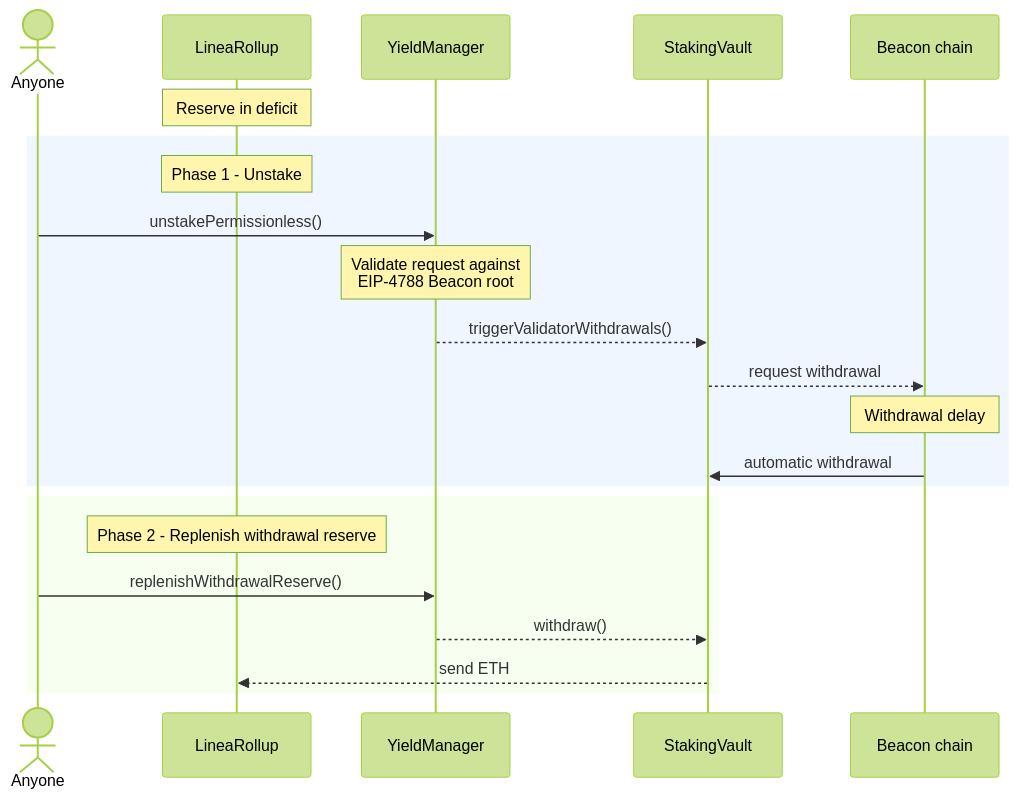
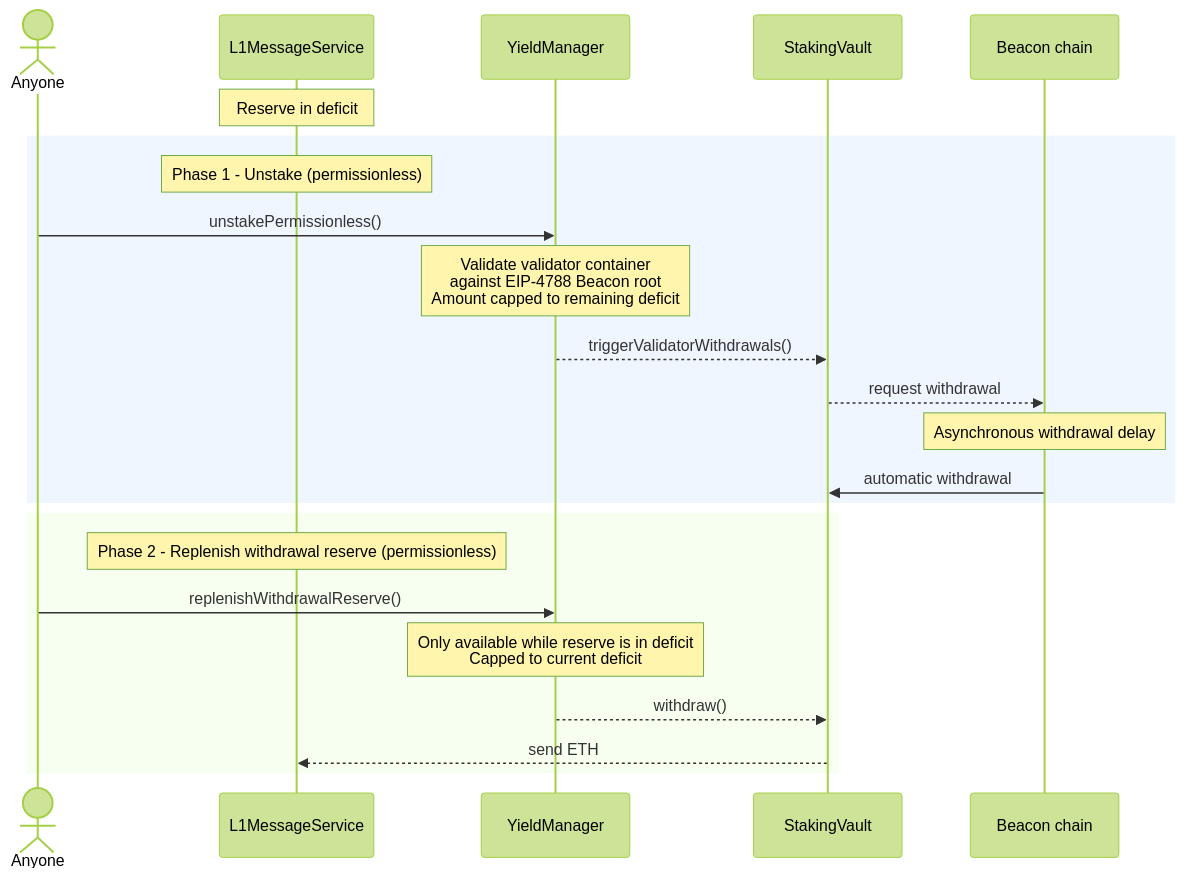
The sixth of 8 diagrams in docs/protocol/yield-boost-architecture.mdx (Consensys/doc.linea), drawn with Mermaid (forest theme) before and after one commit. The commit also changed other lines of this file and 1 other file, not shown here.

````diff
--- a/docs/protocol/yield-boost-architecture.mdx
+++ b/docs/protocol/yield-boost-architecture.mdx
@@ -253,26 +358,27 @@
 ```mermaid
 sequenceDiagram
     actor U as Anyone
-    participant BR as LineaRollup
+    participant L1 as L1MessageService
     participant YM as YieldManager
     participant SV as StakingVault
     participant BC as Beacon chain
-    Note over BR: Reserve in deficit
+    Note over L1: Reserve in deficit
 
     rect rgba(230, 240, 255, 0.6)
-        Note over BR: Phase 1 - Unstake
+        Note over L1: Phase 1 - Unstake (permissionless)
         U->>YM: unstakePermissionless()
-        Note over YM: Validate request against <br/> EIP-4788 Beacon root
+        Note over YM: Validate validator container<br/>against EIP-4788 Beacon root<br/>Amount capped to remaining deficit
         YM-->>SV: triggerValidatorWithdrawals()
         SV-->>BC: request withdrawal
-        Note over BC: Withdrawal delay
+        Note over BC: Asynchronous withdrawal delay
         BC->>SV: automatic withdrawal
     end
 
     rect rgba(240, 255, 230, 0.6)
-        Note over BR: Phase 2 - Replenish withdrawal reserve
+        Note over L1: Phase 2 - Replenish withdrawal reserve (permissionless)
         U->>YM: replenishWithdrawalReserve()
+        Note over YM: Only available while reserve is in deficit<br/>Capped to current deficit
         YM-->>SV: withdraw()
-        SV-->>BR: send ETH
+        SV-->>L1: send ETH
     end
 ```
````
